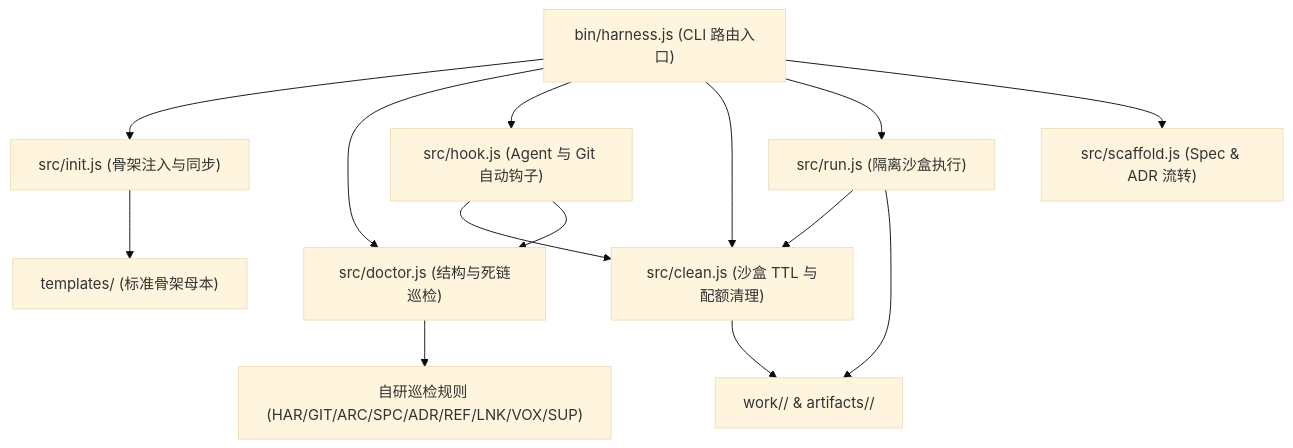
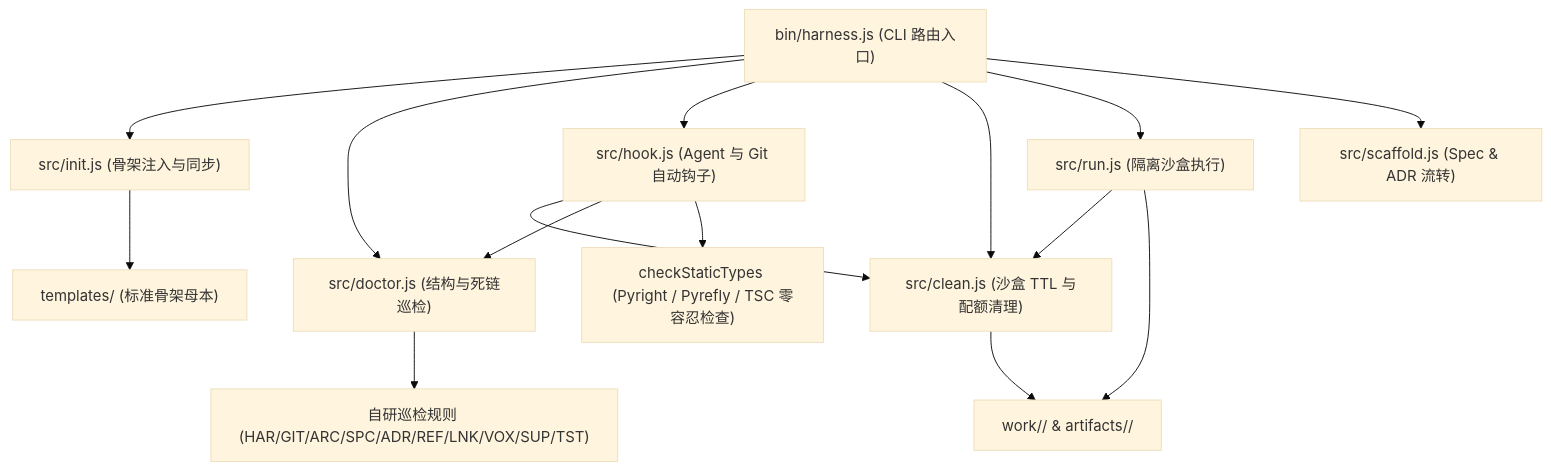
One commit to nanzhi84/yoryon-harness changed the first of 2 diagrams in docs/architecture/overview.md. Above: the diagram before and after it, drawn with Mermaid (base theme). The commit also changed other lines of this file and 6 other files, not shown here.

Commit message:
feat: add TST001/TST002 test contract rules and multi-language static type Stop hook

````diff
--- a/docs/architecture/overview.md
+++ b/docs/architecture/overview.md
@@ -7,17 +7,18 @@
 ```mermaid
 flowchart TD
     CLI["bin/harness.js (CLI 路由入口)"] --> Init["src/init.js (骨架注入与同步)"]
     CLI --> Doctor["src/doctor.js (结构与死链巡检)"]
     CLI --> Hook["src/hook.js (Agent 与 Git 自动钩子)"]
     CLI --> Clean["src/clean.js (沙盒 TTL 与配额清理)"]
     CLI --> Run["src/run.js (隔离沙盒执行)"]
     CLI --> Scaffold["src/scaffold.js (Spec & ADR 流转)"]
 
     Init --> Tpl["templates/ (标准骨架母本)"]
     Hook --> Clean
     Hook --> Doctor
+    Hook --> TypeCheck["checkStaticTypes (Pyright / Pyrefly / TSC 零容忍检查)"]
     Run --> Clean
-    Doctor --> Rules["自研巡检规则 (HAR/GIT/ARC/SPC/ADR/REF/LNK/VOX/SUP)"]
+    Doctor --> Rules["自研巡检规则 (HAR/GIT/ARC/SPC/ADR/REF/LNK/VOX/SUP/TST)"]
     Run --> Sandbox["work/<run-id>/ & artifacts/<run-id>/"]
     Clean --> Sandbox
 ```
````
